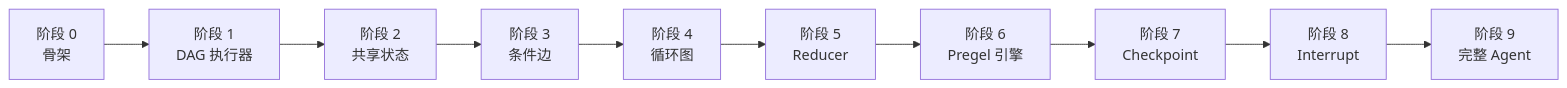
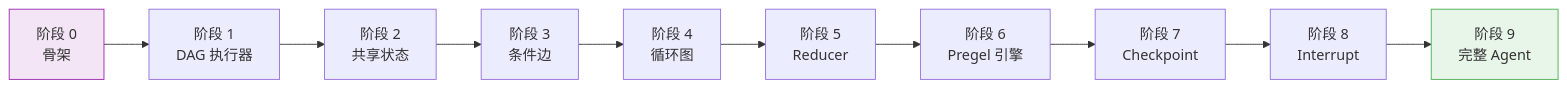
Before and after one commit to wanglh39/langgraph: the third of 6 diagrams in docs/index.md, drawn with Mermaid. The commit also changed other lines of this file and 16 other files, not shown here.

````diff
--- a/docs/index.md
+++ b/docs/index.md
@@ -28,12 +110,14 @@
 ```mermaid
 graph LR
     S0[阶段 0<br/>骨架] --> S1[阶段 1<br/>DAG 执行器]
     S1 --> S2[阶段 2<br/>共享状态]
     S2 --> S3[阶段 3<br/>条件边]
     S3 --> S4[阶段 4<br/>循环图]
     S4 --> S5[阶段 5<br/>Reducer]
     S5 --> S6[阶段 6<br/>Pregel 引擎]
     S6 --> S7[阶段 7<br/>Checkpoint]
     S7 --> S8[阶段 8<br/>Interrupt]
     S8 --> S9[阶段 9<br/>完整 Agent]
+    style S0 fill:#f3e5f5,stroke:#9c27b0
+    style S9 fill:#e8f5e9,stroke:#4caf50
 ```
````
